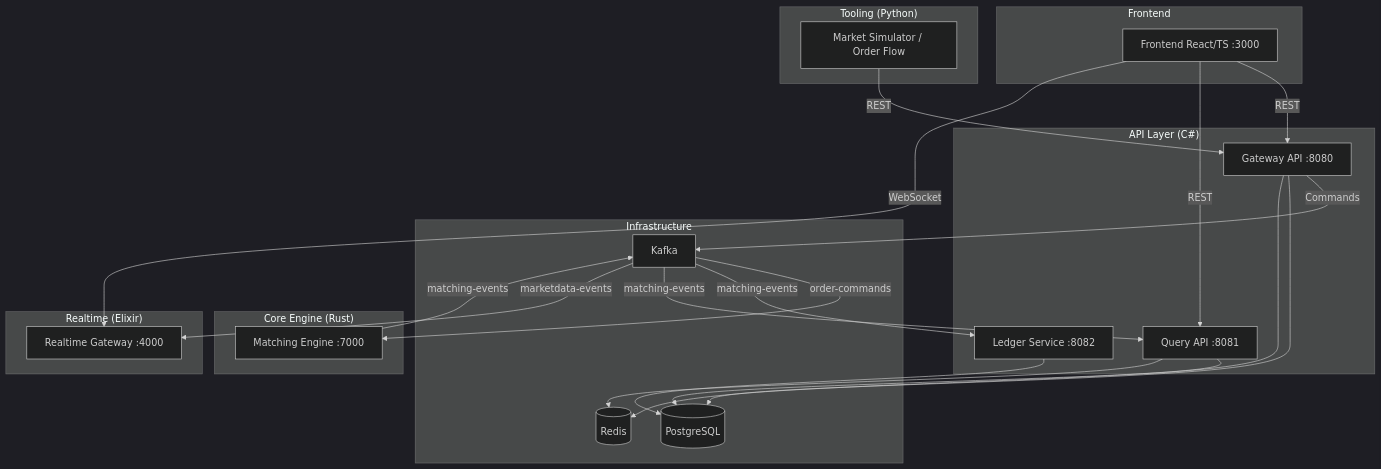
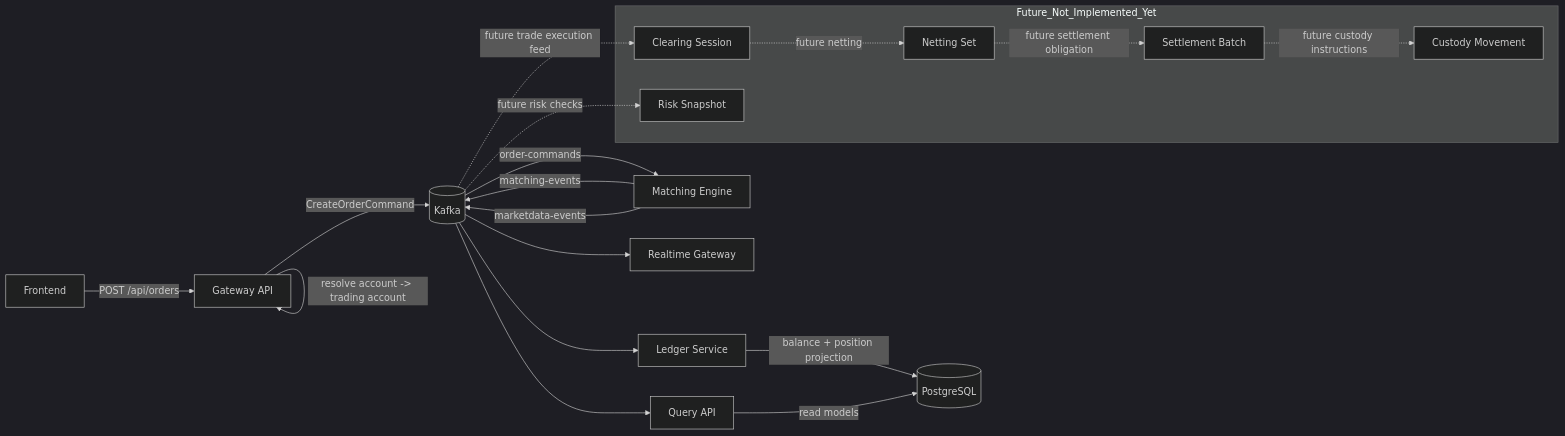
One commit to raidenario/trading changed the second of 2 diagrams in libs/docs/architecture-diagrams.md. Above: the diagram before and after it, drawn with Mermaid (dark theme). The commit also changed other lines of this file and 75 other files, not shown here.

````diff
--- a/libs/docs/architecture-diagrams.md
+++ b/libs/docs/architecture-diagrams.md
@@ -9,51 +84,38 @@
 ```mermaid
-graph TB
-    subgraph Frontend
-        FE["Frontend React/TS :3000"]
+flowchart LR
+    FE[Frontend]
+    GW[Gateway API]
+    KF[(Kafka)]
+    ME[Matching Engine]
+    LS[Ledger Service]
+    QA[Query API]
+    RT[Realtime Gateway]
+    PG[(PostgreSQL)]
+
+    FE -->|POST /api/orders| GW
+    GW -->|resolve symbol -> instrument| GW
+    GW -->|resolve account -> trading account| GW
+    GW -->|CreateOrderCommand| KF
+    KF -->|order-commands| ME
+    ME -->|matching-events| KF
+    ME -->|marketdata-events| KF
+    KF --> LS
+    KF --> QA
+    KF --> RT
+    LS -->|balance + position projection| PG
+    QA -->|read models| PG
+
+    subgraph Future_Not_Implemented_Yet
+        CL[Clearing Session]
+        NT[Netting Set]
+        ST[Settlement Batch]
+        RS[Risk Snapshot]
+        CM[Custody Movement]
     end
 
-    subgraph "API Layer (C#)"
-        GW["Gateway API :8080"]
-        QA["Query API :8081"]
-        LS["Ledger Service :8082"]
-    end
-
-    subgraph "Core Engine (Rust)"
-        ME["Matching Engine :7000"]
-    end
-
-    subgraph "Realtime (Elixir)"
-        RT["Realtime Gateway :4000"]
-    end
-
-    subgraph "Tooling (Python)"
-        TL["Market Simulator / Order Flow"]
-    end
-
-    subgraph Infrastructure
-        PG[(PostgreSQL)]
-        RD[(Redis)]
-        KF["Kafka"]
-    end
-
-    FE -->|REST| GW
-    FE -->|REST| QA
-    FE -->|WebSocket| RT
-
-    GW -->|Commands| KF
-    GW --> PG
-    GW --> RD
-
-    KF -->|order-commands| ME
-    ME -->|matching-events| KF
-
-    KF -->|matching-events| LS
-    KF -->|matching-events| QA
-    KF -->|marketdata-events| RT
-
-    LS --> PG
-    QA --> PG
-    QA --> RD
-
-    TL -->|REST| GW
+    KF -. future trade execution feed .-> CL
+    CL -. future netting .-> NT
+    NT -. future settlement obligation .-> ST
+    KF -. future risk checks .-> RS
+    ST -. future custody instructions .-> CM
 ```
````
